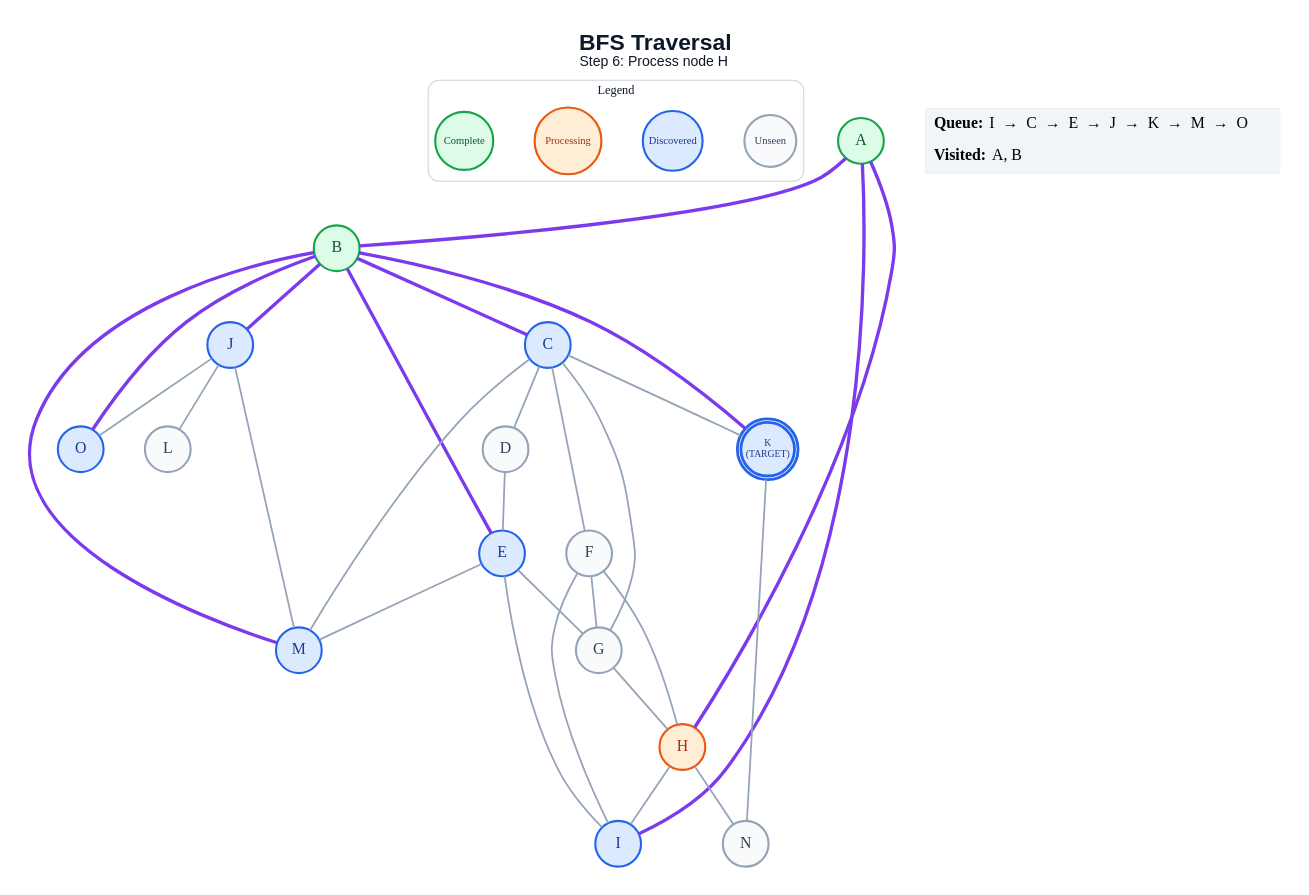
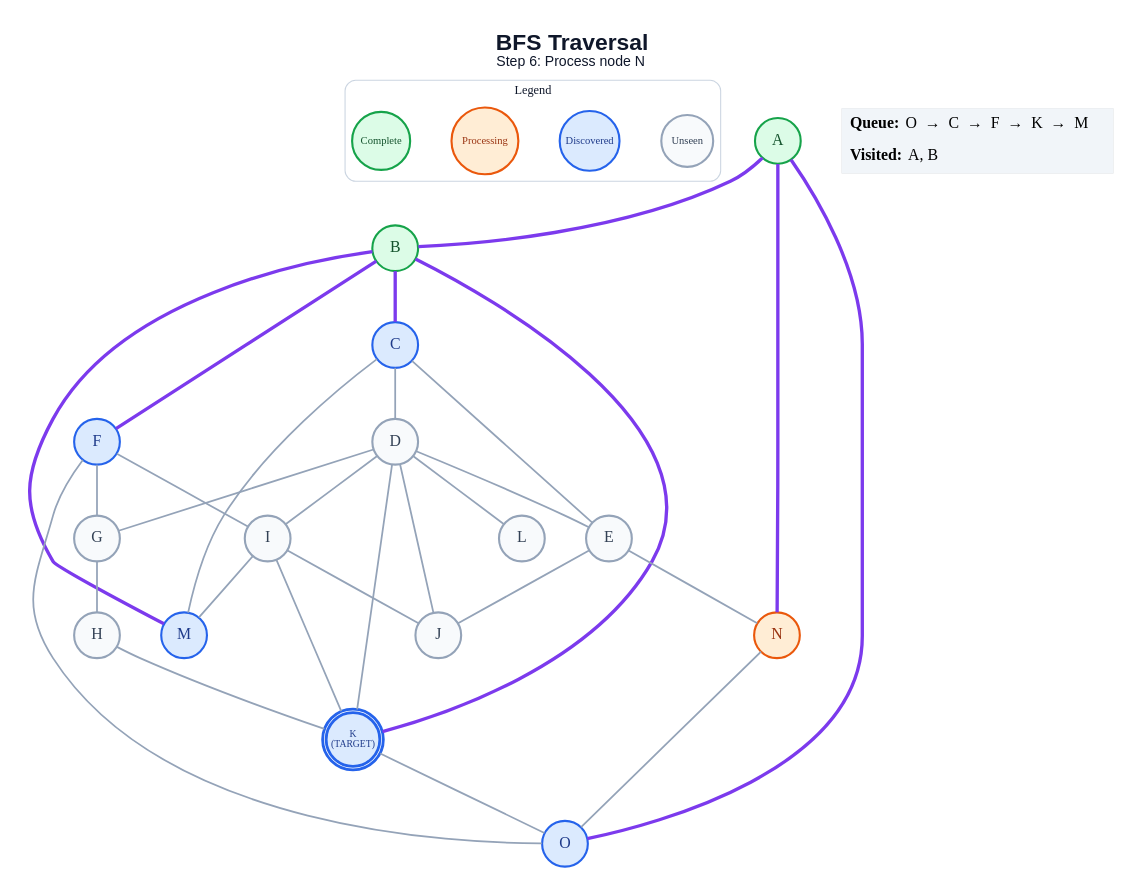
One commit to anon7238593-create/ai-slop changed the diagram in generated/bfs/step_06.dot. Above: the diagram before and after it, drawn with Graphviz. The commit also changed 213 other files, not shown here.

```diff
--- a/generated/bfs/step_06.dot
+++ b/generated/bfs/step_06.dot
@@ -1,62 +1,62 @@
 graph traversal {
   graph [layout=dot, rankdir=TB, bgcolor="#FFFFFF", pad="0.35", nodesep="0.65", ranksep="0.8", fontname="Arial"];
   node [shape=circle, style="filled", fontname="Arial Bold", fontsize=18, width=0.72, fixedsize=true, penwidth=2.4];
   edge [color="#94A3B8", penwidth=2.0];
-  label=<<B>BFS Traversal</B><BR/><FONT POINT-SIZE="16">Step 6: Process node H</FONT>>; labelloc="t"; fontsize=26; fontname="Arial"; fontcolor="#0F172A";
+  label=<<B>BFS Traversal</B><BR/><FONT POINT-SIZE="16">Step 6: Process node N</FONT>>; labelloc="t"; fontsize=26; fontname="Arial"; fontcolor="#0F172A";
   subgraph cluster_legend { label="Legend"; color="#CBD5E1"; penwidth=1.2; style="rounded"; fontsize=14; fontname="Arial Bold";
     key_unseen [label="Unseen", fillcolor="#F8FAFC", color="#94A3B8", fontcolor="#334155", fontsize=12, width=0.82];
     key_frontier [label="Discovered", fillcolor="#DBEAFE", color="#2563EB", fontcolor="#1E3A8A", fontsize=12, width=0.95];
     key_current [label="Processing", fillcolor="#FFEDD5", color="#EA580C", fontcolor="#9A3412", fontsize=12, width=1.05];
     key_done [label="Complete", fillcolor="#DCFCE7", color="#16A34A", fontcolor="#14532D", fontsize=12, width=0.92];
     { rank=same; key_unseen; key_frontier; key_current; key_done; }
   }
   A [label="A", fillcolor="#DCFCE7", color="#16A34A", fontcolor="#14532D", peripheries=1, penwidth=2.4];
   B [label="B", fillcolor="#DCFCE7", color="#16A34A", fontcolor="#14532D", peripheries=1, penwidth=2.4];
   C [label="C", fillcolor="#DBEAFE", color="#2563EB", fontcolor="#1E3A8A", peripheries=1, penwidth=2.4];
   D [label="D", fillcolor="#F8FAFC", color="#94A3B8", fontcolor="#334155", peripheries=1, penwidth=2.4];
-  E [label="E", fillcolor="#DBEAFE", color="#2563EB", fontcolor="#1E3A8A", peripheries=1, penwidth=2.4];
-  F [label="F", fillcolor="#F8FAFC", color="#94A3B8", fontcolor="#334155", peripheries=1, penwidth=2.4];
+  E [label="E", fillcolor="#F8FAFC", color="#94A3B8", fontcolor="#334155", peripheries=1, penwidth=2.4];
+  F [label="F", fillcolor="#DBEAFE", color="#2563EB", fontcolor="#1E3A8A", peripheries=1, penwidth=2.4];
   G [label="G", fillcolor="#F8FAFC", color="#94A3B8", fontcolor="#334155", peripheries=1, penwidth=2.4];
-  H [label="H", fillcolor="#FFEDD5", color="#EA580C", fontcolor="#9A3412", peripheries=1, penwidth=2.4];
-  I [label="I", fillcolor="#DBEAFE", color="#2563EB", fontcolor="#1E3A8A", peripheries=1, penwidth=2.4];
-  J [label="J", fillcolor="#DBEAFE", color="#2563EB", fontcolor="#1E3A8A", peripheries=1, penwidth=2.4];
+  H [label="H", fillcolor="#F8FAFC", color="#94A3B8", fontcolor="#334155", peripheries=1, penwidth=2.4];
+  I [label="I", fillcolor="#F8FAFC", color="#94A3B8", fontcolor="#334155", peripheries=1, penwidth=2.4];
+  J [label="J", fillcolor="#F8FAFC", color="#94A3B8", fontcolor="#334155", peripheries=1, penwidth=2.4];
   K [label="K\n(TARGET)", fillcolor="#DBEAFE", color="#2563EB", fontcolor="#1E3A8A", peripheries=2, penwidth=3.2, fontsize=11, width=0.85, height=0.85];
   L [label="L", fillcolor="#F8FAFC", color="#94A3B8", fontcolor="#334155", peripheries=1, penwidth=2.4];
   M [label="M", fillcolor="#DBEAFE", color="#2563EB", fontcolor="#1E3A8A", peripheries=1, penwidth=2.4];
-  N [label="N", fillcolor="#F8FAFC", color="#94A3B8", fontcolor="#334155", peripheries=1, penwidth=2.4];
+  N [label="N", fillcolor="#FFEDD5", color="#EA580C", fontcolor="#9A3412", peripheries=1, penwidth=2.4];
   O [label="O", fillcolor="#DBEAFE", color="#2563EB", fontcolor="#1E3A8A", peripheries=1, penwidth=2.4];
   A -- B [color="#7C3AED", penwidth=3.8];
-  A -- H [color="#7C3AED", penwidth=3.8];
-  A -- I [color="#7C3AED", penwidth=3.8];
+  A -- N [color="#7C3AED", penwidth=3.8];
+  A -- O [color="#7C3AED", penwidth=3.8];
   B -- C [color="#7C3AED", penwidth=3.8];
-  B -- E [color="#7C3AED", penwidth=3.8];
-  B -- J [color="#7C3AED", penwidth=3.8];
+  B -- F [color="#7C3AED", penwidth=3.8];
   B -- K [color="#7C3AED", penwidth=3.8];
   B -- M [color="#7C3AED", penwidth=3.8];
-  B -- O [color="#7C3AED", penwidth=3.8];
   C -- D;
-  C -- F;
-  C -- G;
-  C -- K;
+  C -- E;
   C -- M;
   D -- E;
-  E -- G;
-  E -- I;
-  E -- M;
+  D -- G;
+  D -- I;
+  D -- J;
+  D -- K;
+  D -- L;
+  E -- J;
+  E -- N;
   F -- G;
-  F -- H;
   F -- I;
+  F -- O;
   G -- H;
-  H -- I;
-  H -- N;
-  J -- L;
-  J -- M;
-  J -- O;
-  K -- N;
+  H -- K;
+  I -- J;
+  I -- K;
+  I -- M;
+  K -- O;
+  N -- O;
   status [shape=plain, fixedsize=false, width=0, height=0, margin=0, label=<
     <TABLE BORDER="0" CELLBORDER="0" CELLPADDING="7" BGCOLOR="#F1F5F9">
-      <TR><TD ALIGN="LEFT"><B>Queue:</B> I  →  C  →  E  →  J  →  K  →  M  →  O</TD></TR>
+      <TR><TD ALIGN="LEFT"><B>Queue:</B> O  →  C  →  F  →  K  →  M</TD></TR>
       <TR><TD ALIGN="LEFT"><B>Visited:</B> A, B</TD></TR>
     </TABLE>
   >];
 }
```
